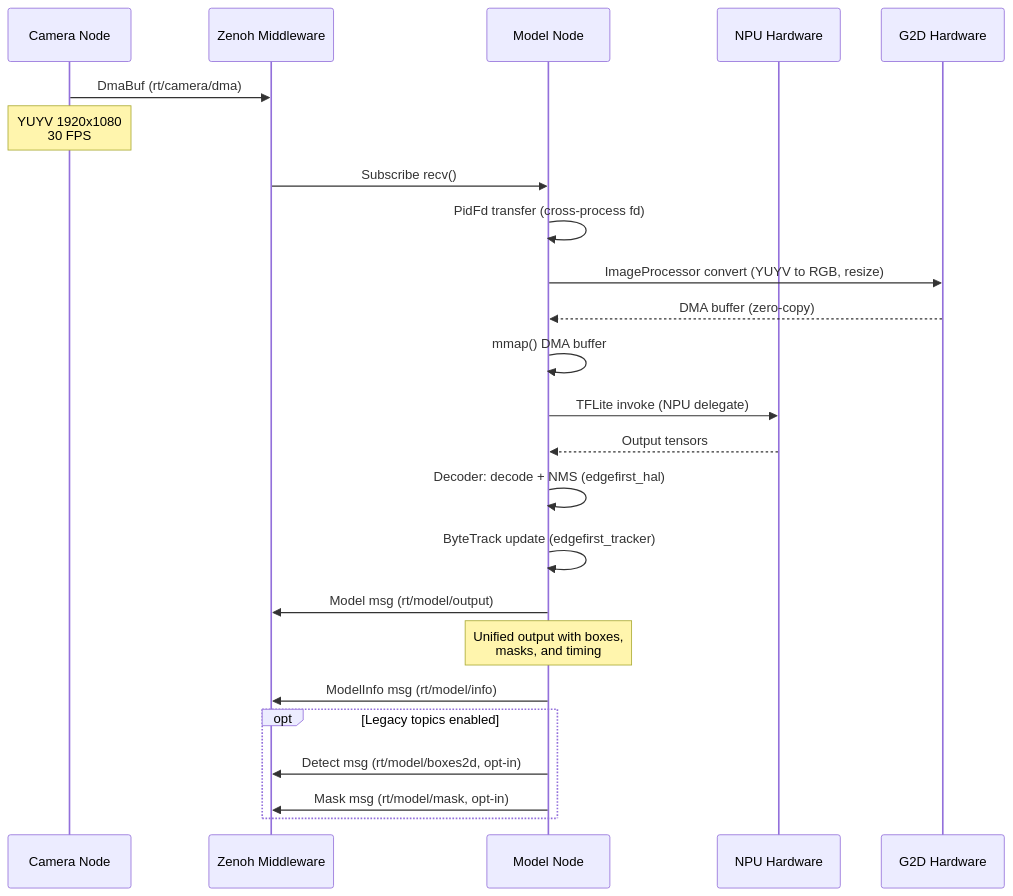
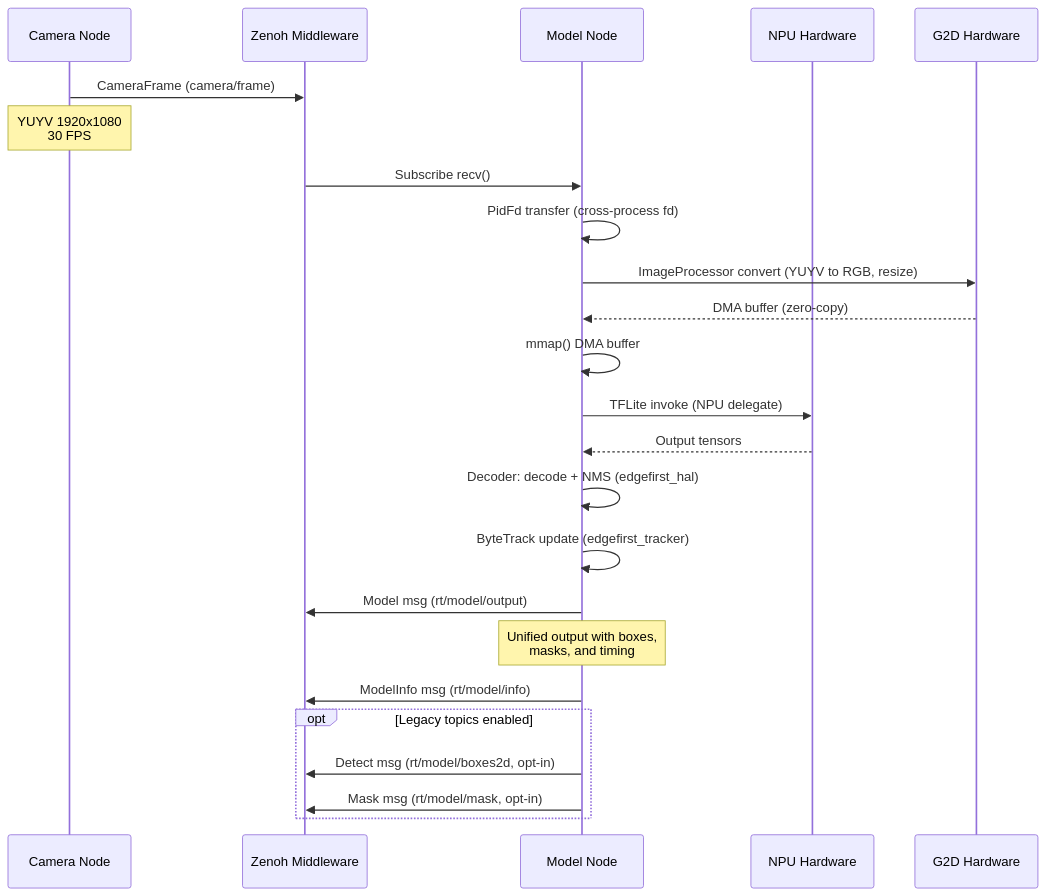
One commit to EdgeFirstAI/model changed the second of 5 diagrams in ARCHITECTURE.md. Above: the diagram before and after it, drawn with Mermaid. The commit also changed other lines of this file and 15 other files, not shown here.

First line of the commit message:
DE-2674: Migrate model to HAL 0.28 and CameraFrame

````diff
--- a/ARCHITECTURE.md
+++ b/ARCHITECTURE.md
@@ -298,32 +298,32 @@
 ```mermaid
 sequenceDiagram
     participant Camera as Camera Node
     participant Zenoh as Zenoh Middleware
     participant Model as Model Node
     participant NPU as NPU Hardware
     participant G2D as G2D Hardware
 
-    Camera->>Zenoh: DmaBuf (rt/camera/dma)
+    Camera->>Zenoh: CameraFrame (camera/frame)
     Note over Camera: YUYV 1920x1080<br/>30 FPS
 
     Zenoh->>Model: Subscribe recv()
     Model->>Model: PidFd transfer (cross-process fd)
 
     Model->>G2D: ImageProcessor convert (YUYV to RGB, resize)
     G2D-->>Model: DMA buffer (zero-copy)
 
     Model->>Model: mmap() DMA buffer
     Model->>NPU: TFLite invoke (NPU delegate)
     NPU-->>Model: Output tensors
 
     Model->>Model: Decoder: decode + NMS (edgefirst_hal)
     Model->>Model: ByteTrack update (edgefirst_tracker)
 
     Model->>Zenoh: Model msg (rt/model/output)
     Note over Model: Unified output with boxes,<br/>masks, and timing
     Model->>Zenoh: ModelInfo msg (rt/model/info)
     opt Legacy topics enabled
     Model->>Zenoh: Detect msg (rt/model/boxes2d, opt-in)
     Model->>Zenoh: Mask msg (rt/model/mask, opt-in)
     end
 ```
````
